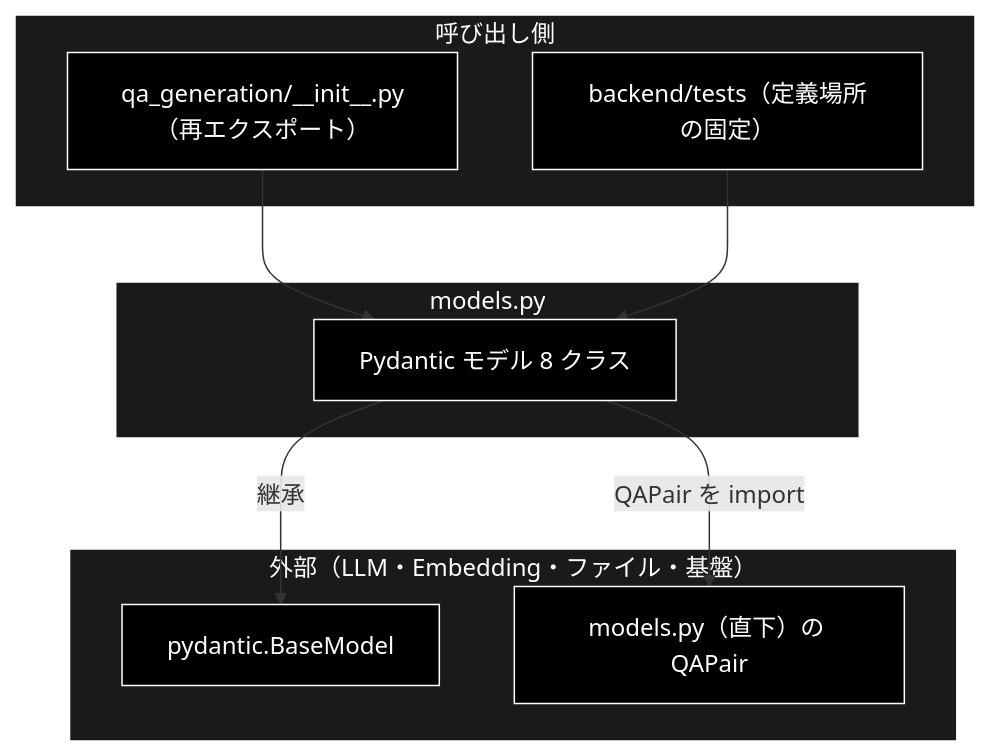
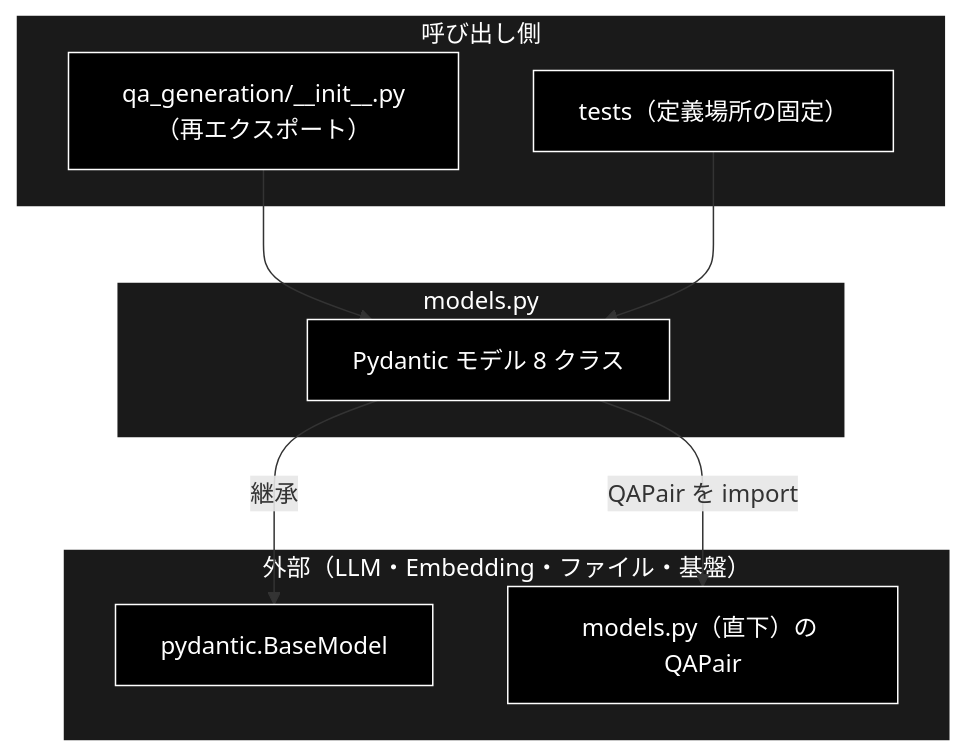
Before and after one commit to nakashima2toshio/grace_v2: the first of 2 diagrams in qa_generation/docs/models.md, drawn with Mermaid. The commit also changed other lines of this file and 275 other files, not shown here.

First line of the commit message:
refactor(tests): テストを backend/tests/ からリポジトリ直下の tests/ へ移す

````diff
--- a/qa_generation/docs/models.md
+++ b/qa_generation/docs/models.md
@@ -61,24 +61,24 @@
 ```mermaid
 flowchart TB
     subgraph CALLER["呼び出し側"]
         INIT["qa_generation/__init__.py（再エクスポート）"]
-        TEST["backend/tests（定義場所の固定）"]
+        TEST["tests（定義場所の固定）"]
     end
     subgraph TARGET["models.py"]
         M["Pydantic モデル 8 クラス"]
     end
     subgraph EXTERNAL["外部（LLM・Embedding・ファイル・基盤）"]
         PYD["pydantic.BaseModel"]
         ROOT["models.py（直下）の QAPair"]
     end
     INIT --> M
     TEST --> M
     M -->|"継承"| PYD
     M -->|"QAPair を import"| ROOT
 classDef default fill:#000,stroke:#fff,color:#fff
 classDef subgraphStyle fill:#1a1a1a,stroke:#fff,color:#fff
 class INIT,TEST,M,PYD,ROOT default
 style CALLER fill:#1a1a1a,stroke:#fff,color:#fff
 style TARGET fill:#1a1a1a,stroke:#fff,color:#fff
 style EXTERNAL fill:#1a1a1a,stroke:#fff,color:#fff
 ```
````
